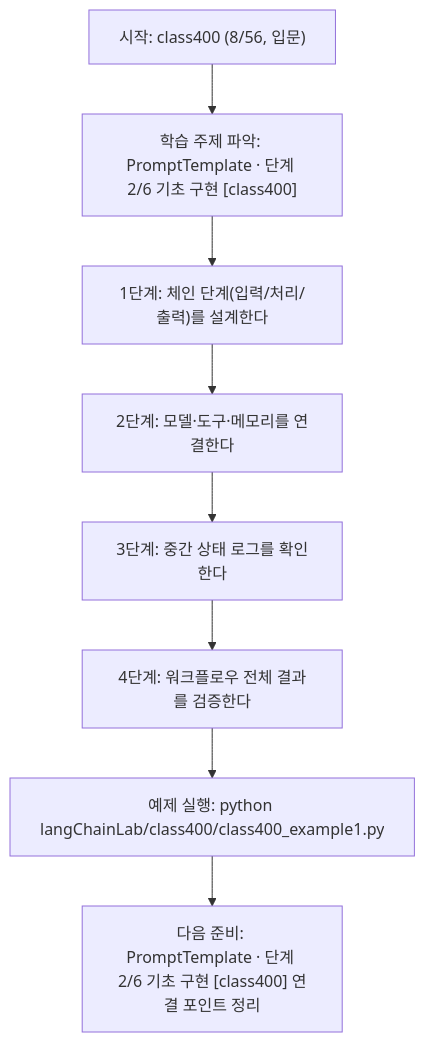
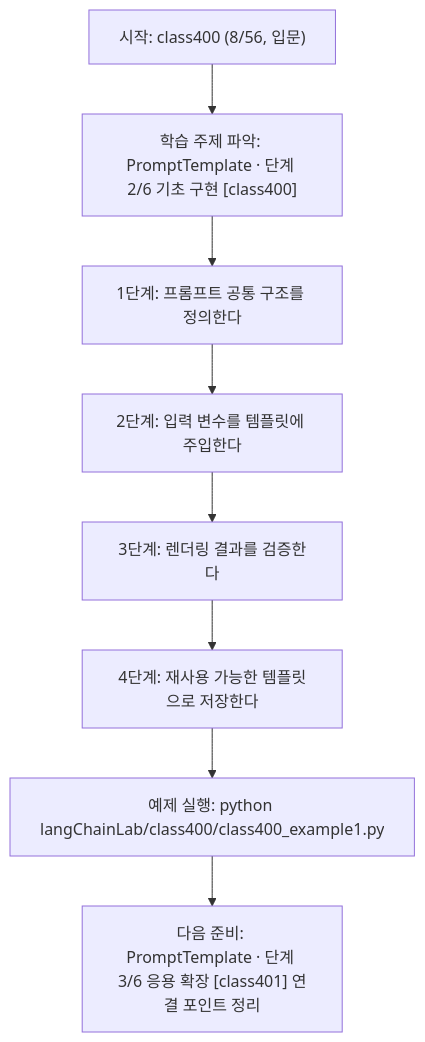
The diagram in langChainLab/class400/class400.md (edumgt/Python-AI_Agent-Class), drawn with Mermaid before and after one commit. The commit also changed other lines of this file and 395 other files, not shown here.

````diff
--- a/langChainLab/class400/class400.md
+++ b/langChainLab/class400/class400.md
@@ -108,18 +90,18 @@
 ```mermaid
 flowchart TD
 N1["시작: class400 (8/56, 입문)"]
 N2["학습 주제 파악: PromptTemplate · 단계 2/6 기초 구현 [class400]"]
-N3["1단계: 체인 단계(입력/처리/출력)를 설계한다"]
-N4["2단계: 모델·도구·메모리를 연결한다"]
-N5["3단계: 중간 상태 로그를 확인한다"]
-N6["4단계: 워크플로우 전체 결과를 검증한다"]
+N3["1단계: 프롬프트 공통 구조를 정의한다"]
+N4["2단계: 입력 변수를 템플릿에 주입한다"]
+N5["3단계: 렌더링 결과를 검증한다"]
+N6["4단계: 재사용 가능한 템플릿으로 저장한다"]
 N7["예제 실행: python langChainLab/class400/class400_example1.py"]
-N8["다음 준비: PromptTemplate · 단계 2/6 기초 구현 [class400] 연결 포인트 정리"]
+N8["다음 준비: PromptTemplate · 단계 3/6 응용 확장 [class401] 연결 포인트 정리"]
 N1 --> N2
 N2 --> N3
 N3 --> N4
 N4 --> N5
 N5 --> N6
 N6 --> N7
 N7 --> N8
 ```
````
